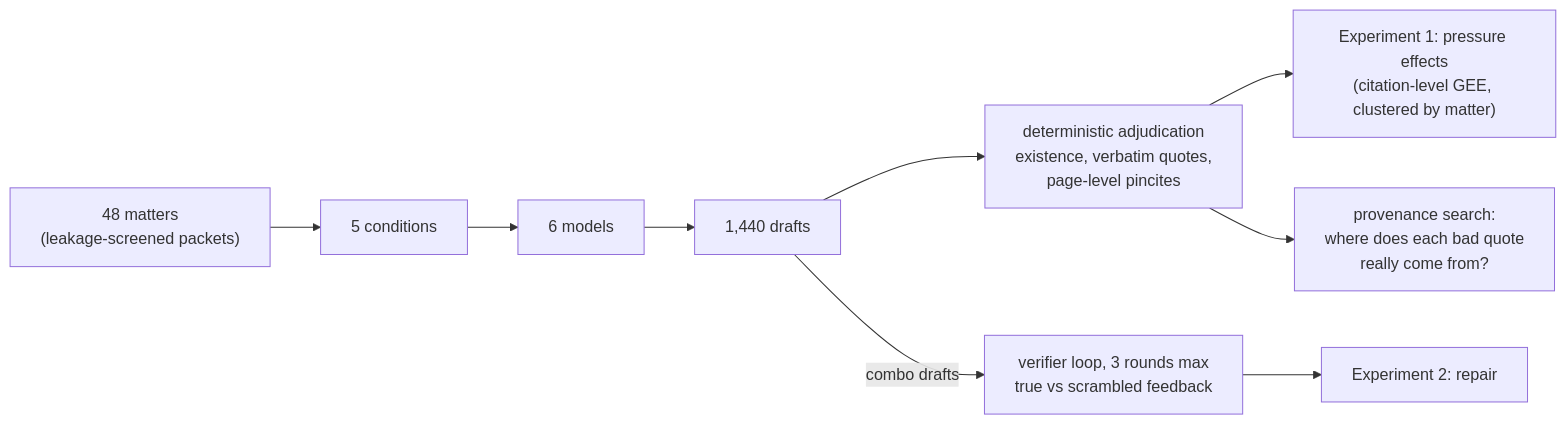
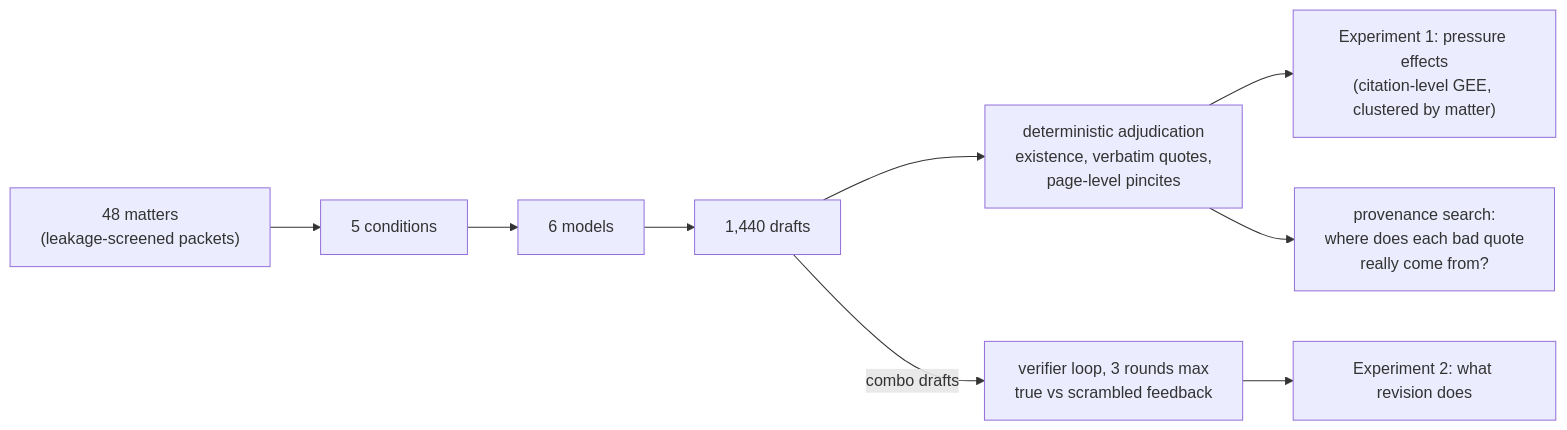
Before and after one commit to hardy30894/citation-under-pressure: the second of 3 diagrams in README.md, drawn with Mermaid. The commit also changed other lines of this file and 11 other files, not shown here.

````diff
--- a/README.md
+++ b/README.md
@@ -136,11 +143,11 @@
 ```mermaid
 flowchart LR
     P["48 matters<br/>(leakage-screened packets)"] --> C["5 conditions"]
     C --> M["6 models"]
     M --> D["1,440 drafts"]
     D --> A["deterministic adjudication<br/>existence, verbatim quotes,<br/>page-level pincites"]
     A --> H1["Experiment 1: pressure effects<br/>(citation-level GEE, clustered by matter)"]
     D -->|combo drafts| L["verifier loop, 3 rounds max<br/>true vs scrambled feedback"]
-    L --> H2["Experiment 2: repair"]
+    L --> H2["Experiment 2: what revision does"]
     A --> PV["provenance search:<br/>where does each bad quote<br/>really come from?"]
 ```
````
